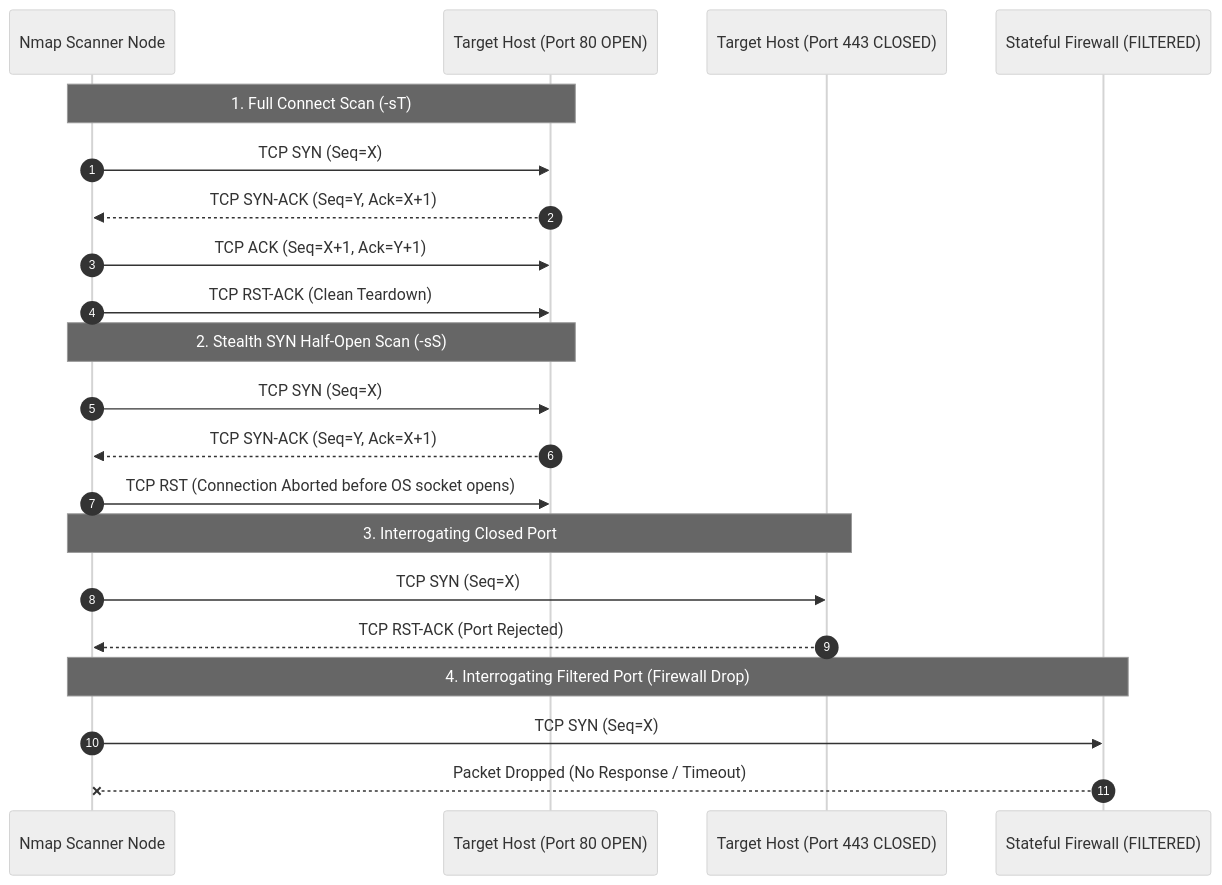
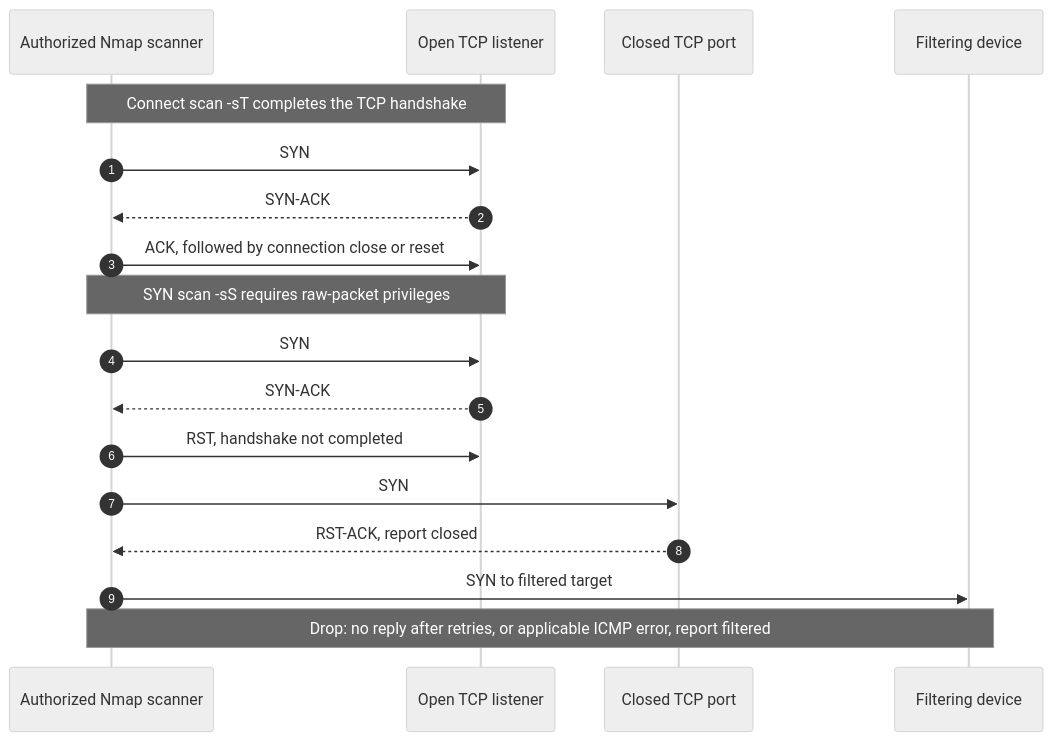
The third of 3 diagrams in public/labs/NMAP-Practical-Labs.md (CloudSecCorner/cloudseccorner.github.io), drawn with Mermaid (neutral theme) before and after one commit. The commit also changed other lines of this file and 87 other files, not shown here.

Commit message:
feat: refresh developer architectures and unify site UI

````diff
--- a/public/labs/NMAP-Practical-Labs.md
+++ b/public/labs/NMAP-Practical-Labs.md
@@ -59,27 +52,20 @@
 ```mermaid
 sequenceDiagram
-    autonumber
-    participant Scanner as Nmap Scanner Node
-    participant TargetOpen as Target Host (Port 80 OPEN)
-    participant TargetClosed as Target Host (Port 443 CLOSED)
-    participant Firewall as Stateful Firewall (FILTERED)
-
-    Note over Scanner,TargetOpen: 1. Full Connect Scan (-sT)
-    Scanner->>TargetOpen: TCP SYN (Seq=X)
-    TargetOpen-->>Scanner: TCP SYN-ACK (Seq=Y, Ack=X+1)
-    Scanner->>TargetOpen: TCP ACK (Seq=X+1, Ack=Y+1)
-    Scanner->>TargetOpen: TCP RST-ACK (Clean Teardown)
-
-    Note over Scanner,TargetOpen: 2. Stealth SYN Half-Open Scan (-sS)
-    Scanner->>TargetOpen: TCP SYN (Seq=X)
-    TargetOpen-->>Scanner: TCP SYN-ACK (Seq=Y, Ack=X+1)
-    Scanner->>TargetOpen: TCP RST (Connection Aborted before OS socket opens)
-
-    Note over Scanner,TargetClosed: 3. Interrogating Closed Port
-    Scanner->>TargetClosed: TCP SYN (Seq=X)
-    TargetClosed-->>Scanner: TCP RST-ACK (Port Rejected)
-
-    Note over Scanner,Firewall: 4. Interrogating Filtered Port (Firewall Drop)
-    Scanner->>Firewall: TCP SYN (Seq=X)
-    Firewall--xScanner: Packet Dropped (No Response / Timeout)
+      autonumber
+      participant Scanner as Authorized Nmap scanner
+      participant Open as Open TCP listener
+      participant Closed as Closed TCP port
+      participant Filter as Filtering device
+      Note over Scanner,Open: Connect scan -sT completes the TCP handshake
+      Scanner->>Open: SYN
+      Open-->>Scanner: SYN-ACK
+      Scanner->>Open: ACK, followed by connection close or reset
+      Note over Scanner,Open: SYN scan -sS requires raw-packet privileges
+      Scanner->>Open: SYN
+      Open-->>Scanner: SYN-ACK
+      Scanner->>Open: RST, handshake not completed
+      Scanner->>Closed: SYN
+      Closed-->>Scanner: RST-ACK, report closed
+      Scanner->>Filter: SYN to filtered target
+      Note over Scanner,Filter: Drop: no reply after retries, or applicable ICMP error, report filtered
 ```
````
